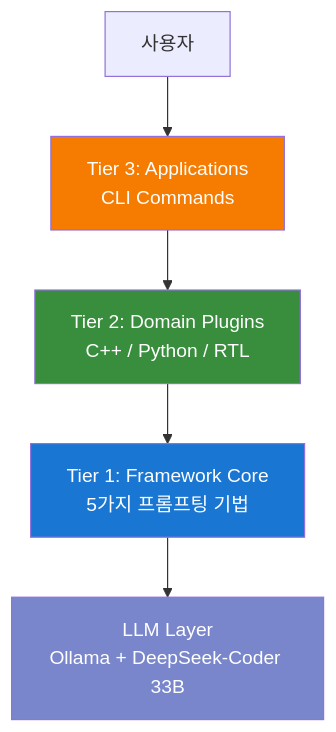
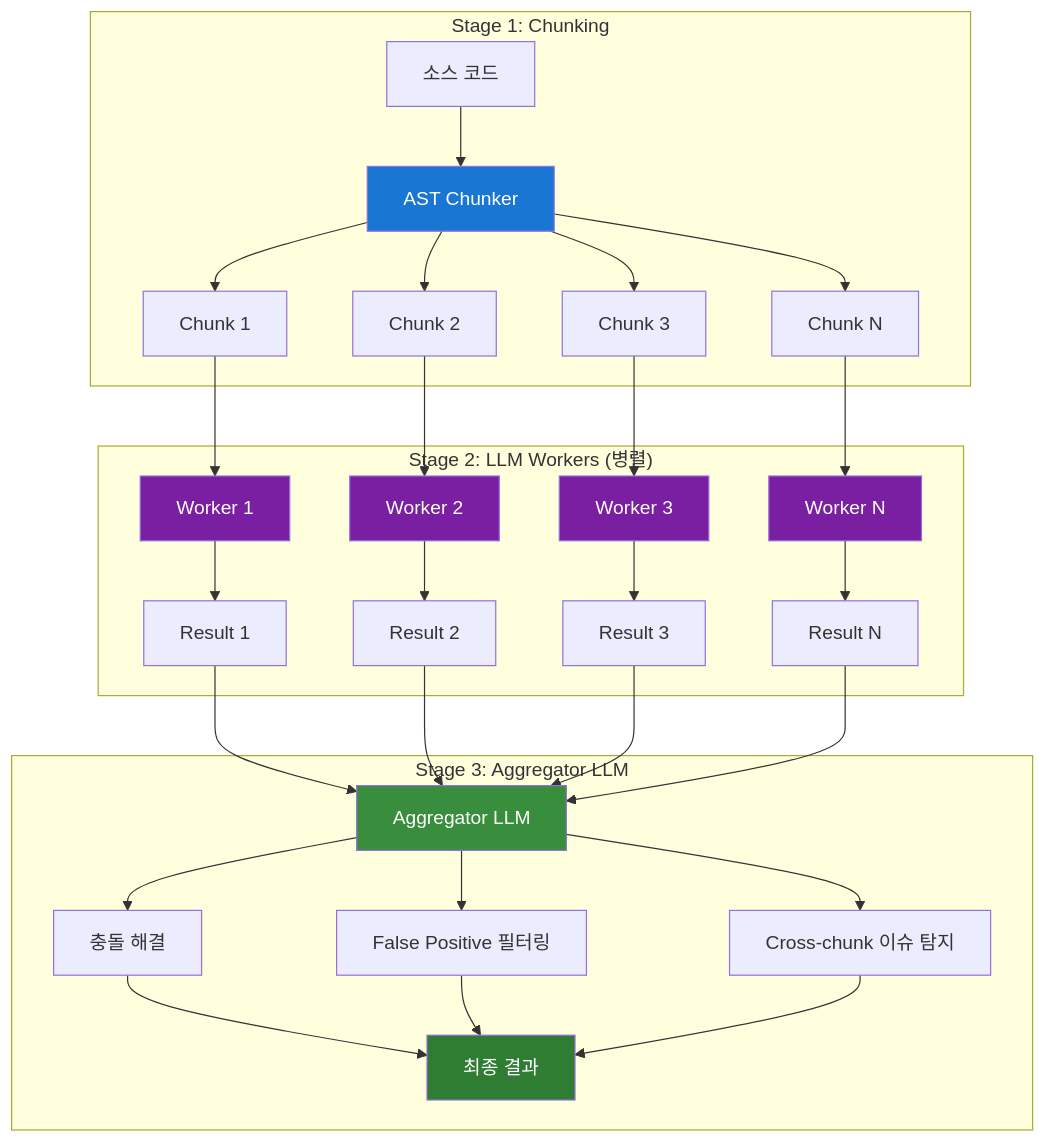
Before and after one commit to ApeachM/llm-code-reviewer: the fifth of 32 diagrams in PRESENTATION.md, drawn with Mermaid. The commit also changed other lines of this file and 1 other file, not shown here.

First line of the commit message:
docs: Expand "CLAUDE.md" with linting and formatting guidelines, architecture updates, and technique details

````diff
--- a/PRESENTATION.md
+++ b/PRESENTATION.md
@@ -424,15 +263,45 @@
 ```mermaid
 graph TB
-    User[사용자] --> T3[Tier 3: Applications<br/>CLI Commands]
+    subgraph "Stage 1: Chunking"
+        Input[소스 코드] --> Chunker[AST Chunker]
+        Chunker --> C1[Chunk 1]
+        Chunker --> C2[Chunk 2]
+        Chunker --> C3[Chunk 3]
+        Chunker --> CN[Chunk N]
+    end
 
-    T3 --> T2[Tier 2: Domain Plugins<br/>C++ / Python / RTL]
+    subgraph "Stage 2: LLM Workers (병렬)"
+        C1 --> W1[Worker 1]
+        C2 --> W2[Worker 2]
+        C3 --> W3[Worker 3]
+        CN --> WN[Worker N]
 
-    T2 --> T1[Tier 1: Framework Core<br/>5가지 프롬프팅 기법]
+        W1 --> R1[Result 1]
+        W2 --> R2[Result 2]
+        W3 --> R3[Result 3]
+        WN --> RN[Result N]
+    end
 
-    T1 --> LLM[LLM Layer<br/>Ollama + DeepSeek-Coder 33B]
+    subgraph "Stage 3: Aggregator LLM"
+        R1 --> Agg[Aggregator LLM]
+        R2 --> Agg
+        R3 --> Agg
+        RN --> Agg
 
-    style T3 fill:#f57c00,color:#fff
-    style T2 fill:#388e3c,color:#fff
-    style T1 fill:#1976d2,color:#fff
-    style LLM fill:#7986cb,color:#fff
+        Agg --> Resolve[충돌 해결]
+        Agg --> Filter[False Positive 필터링]
+        Agg --> Cross[Cross-chunk 이슈 탐지]
+
+        Resolve --> Final[최종 결과]
+        Filter --> Final
+        Cross --> Final
+    end
+
+    style Chunker fill:#1976d2,color:#fff
+    style W1 fill:#7b1fa2,color:#fff
+    style W2 fill:#7b1fa2,color:#fff
+    style W3 fill:#7b1fa2,color:#fff
+    style WN fill:#7b1fa2,color:#fff
+    style Agg fill:#388e3c,color:#fff
+    style Final fill:#2e7d32,color:#fff
 ```
````
